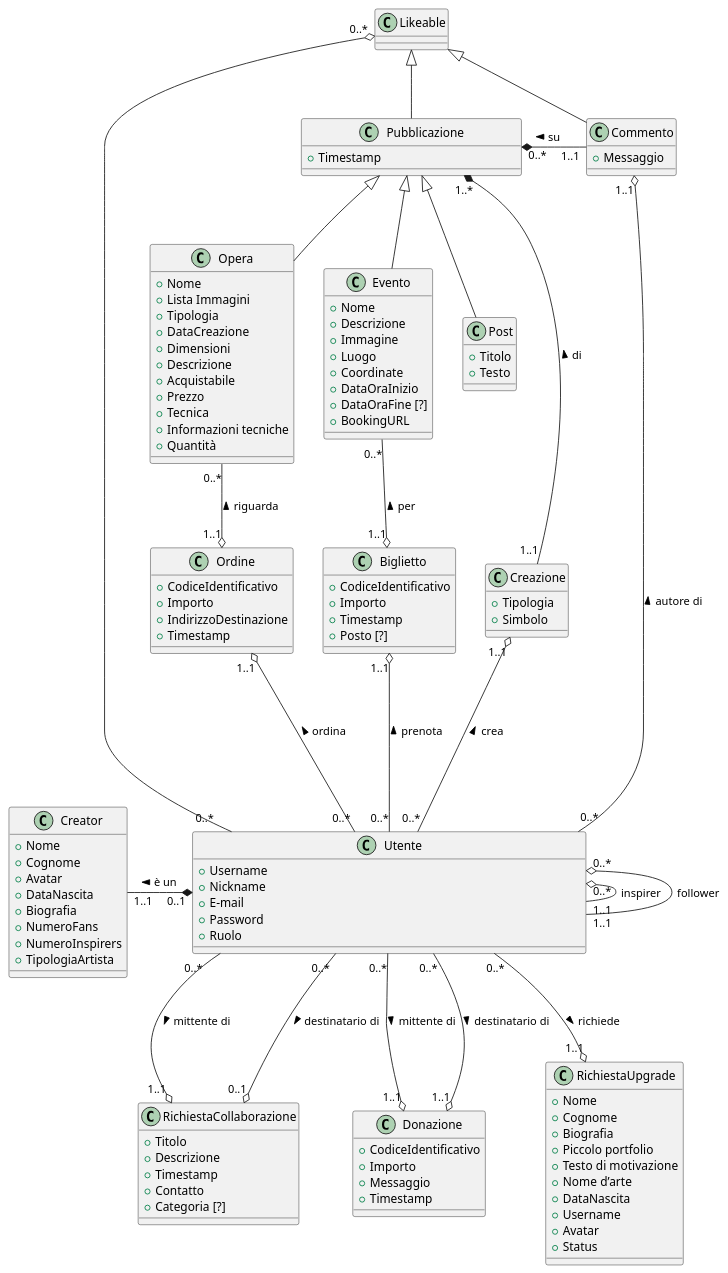
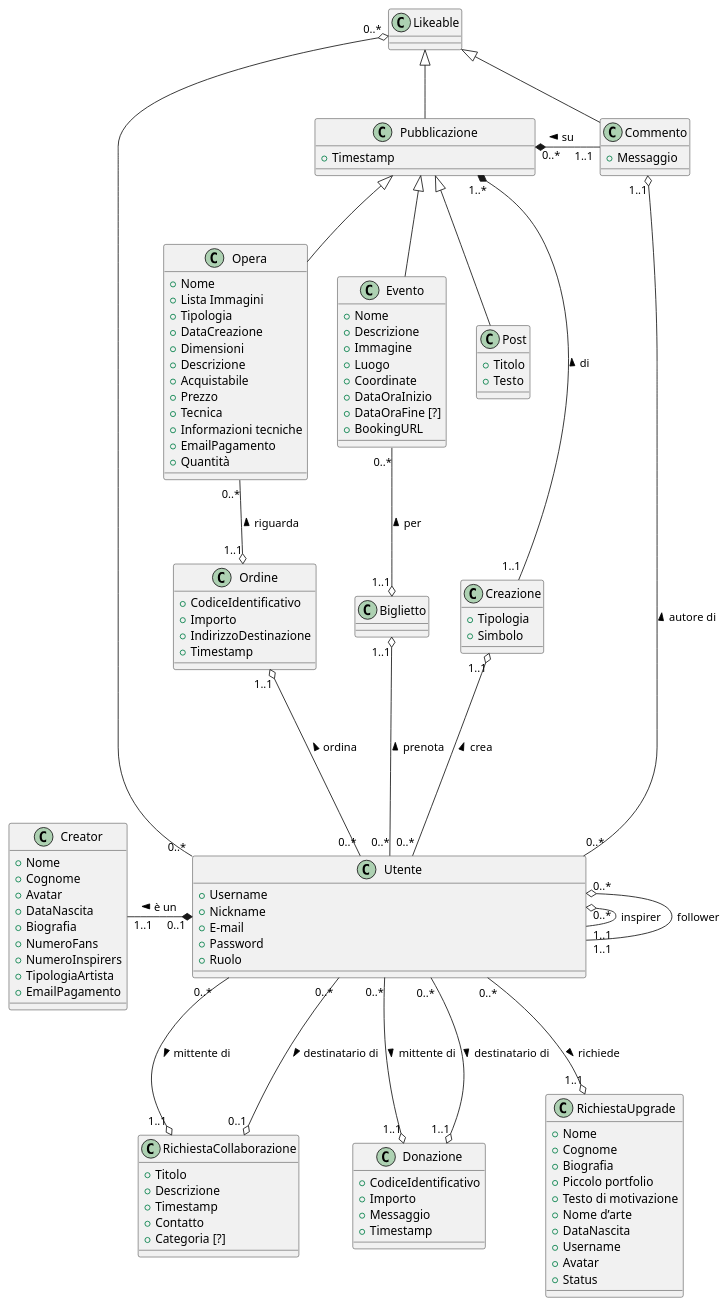
Before and after one commit to creative-hub-taass/analisi: the diagram in class-diagram/class-diagram-er.puml, drawn with PlantUML. The commit also changed 3 other files, not shown here.

Commit message:
Deleted class Biglietto and updated persistent entity creator and opera with email payment

```diff
--- a/class-diagram/class-diagram-er.puml
+++ b/class-diagram/class-diagram-er.puml
@@ -1,137 +1,133 @@
 @startuml
 skinparam ranksep 80
 
 class Utente {
 + Username
 + Nickname
 + E-mail
 + Password
 + Ruolo \t\t\t\t\t\t\t\t\t\t\t\t\t\t
 }
 
 class Creator {
 + Nome
 + Cognome
 + Avatar
 + DataNascita
 + Biografia
 + NumeroFans
 + NumeroInspirers
 + TipologiaArtista
++ EmailPagamento
 }
 
 class Creazione {
 + Tipologia
 + Simbolo
 }
 
 class Opera {
 + Nome
 + Lista Immagini
 + Tipologia
 + DataCreazione
 + Dimensioni
 + Descrizione
 + Acquistabile
 + Prezzo
 + Tecnica
 + Informazioni tecniche
++ EmailPagamento
 + Quantità
 }
 
 class Post {
 + Titolo
 + Testo
 }
 
 class Evento {
 + Nome
 + Descrizione
 + Immagine
 + Luogo
 + Coordinate
 + DataOraInizio
 + DataOraFine [?]
 + BookingURL
 }
 
 class Commento {
 + Messaggio
 }
 
 class Pubblicazione {
 + Timestamp \t\t\t\t\t\t
 }
 
 class Likeable {
 }
 
 class RichiestaCollaborazione {
 + Titolo
 + Descrizione
 + Timestamp
 + Contatto
 + Categoria [?]
 }
 
-class Biglietto {
-+ CodiceIdentificativo
-+ Importo
-+ Timestamp
-+ Posto [?]
-}
 
 class Donazione {
 + CodiceIdentificativo
 + Importo
 + Messaggio
 + Timestamp
 }
 
 class Ordine {
 + CodiceIdentificativo
 + Importo
 + IndirizzoDestinazione
 + Timestamp
 }
 
 class RichiestaUpgrade {
 + Nome
 + Cognome
 + Biografia
 + Piccolo portfolio
 + Testo di motivazione
 + Nome d’arte
 + DataNascita
 + Username
 + Avatar
 + Status
 }
 
 Opera --up|> Pubblicazione
 Post -up-|> Pubblicazione
 Evento -up-|> Pubblicazione
 Pubblicazione -up-|> Likeable
 Commento -up-|> Likeable
 Utente "0..*" o- "1..1" Utente : inspirer\t
 Utente "0..*" o- "1..1" Utente : follower
 Utente "0..1" *-left- "1..1" Creator : > è un\t
 Creazione "1..1" o-down- "0..*" Utente : < crea
 Pubblicazione "1..*" *-down- "1..1" Creazione : < di
 Commento "1..1" o-down- "0..*" Utente : < autore di
 Likeable "0..*" o- "0..*" Utente
 Pubblicazione "0..*" *-right- "1..1" Commento : < su\t
 Biglietto "1..1" o-up- "0..*" Evento : per >
 Biglietto "1..1" o-down- "0..*" Utente : < prenota
 Donazione "1..1" o-up- "0..*" Utente : mittente di <
 Donazione "1..1" o-up- "0..*" Utente : destinatario di <
 Ordine "1..1" o--down- "0..*" Utente : < ordina
 Ordine "1..1" o-up- "0..*" Opera : riguarda >
 RichiestaUpgrade "1..1" o-up- "0..*" Utente : < richiede
 RichiestaCollaborazione "1..1" o-up- "0..*" Utente : mittente di <
 RichiestaCollaborazione "0..1" o-up- "0..*" Utente : destinatario di <
 
 Post -[hidden]left- Evento
 Opera -[hidden]right- Evento
 Biglietto -[hidden]right- Creazione
 @enduml
```
